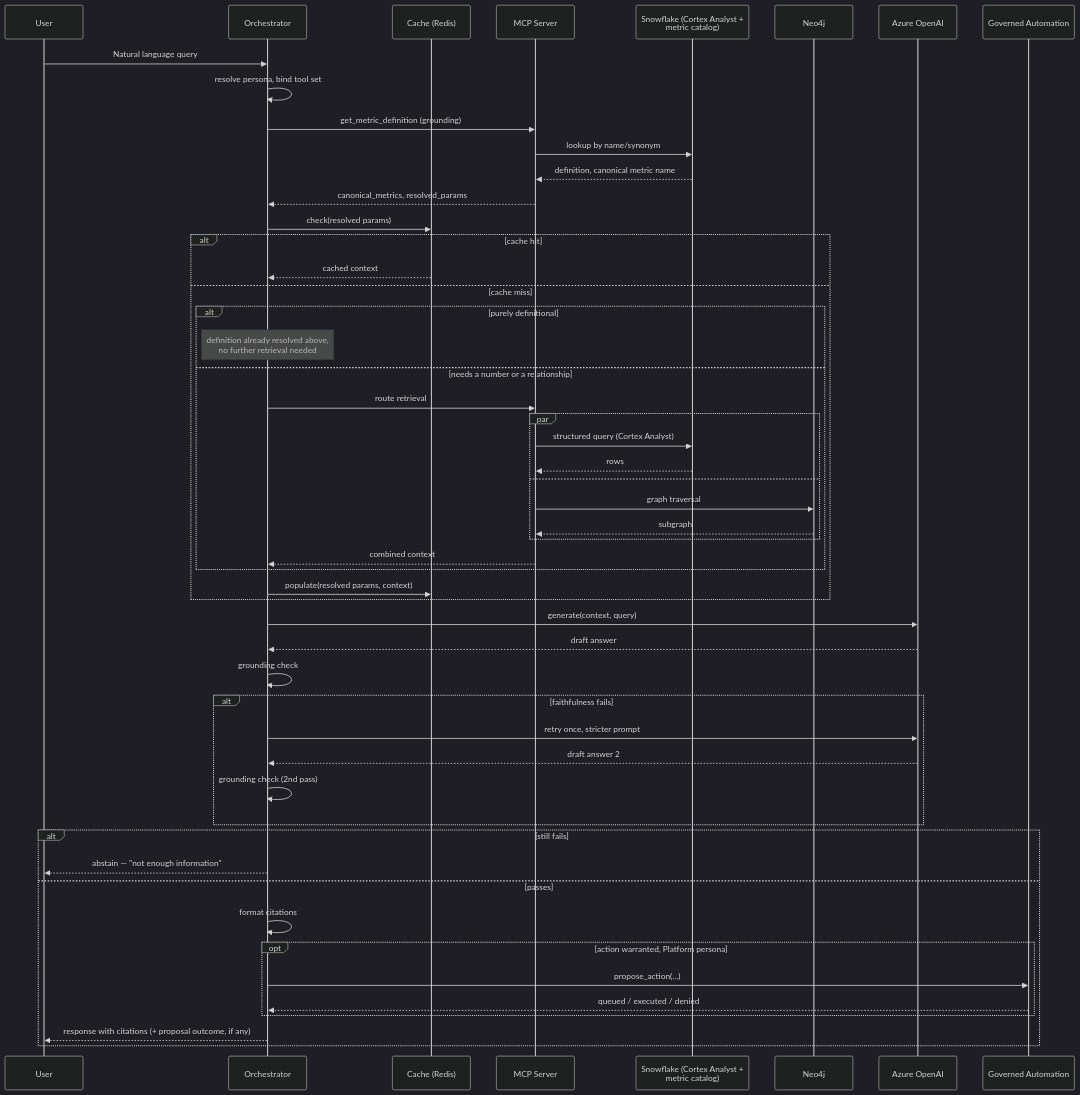
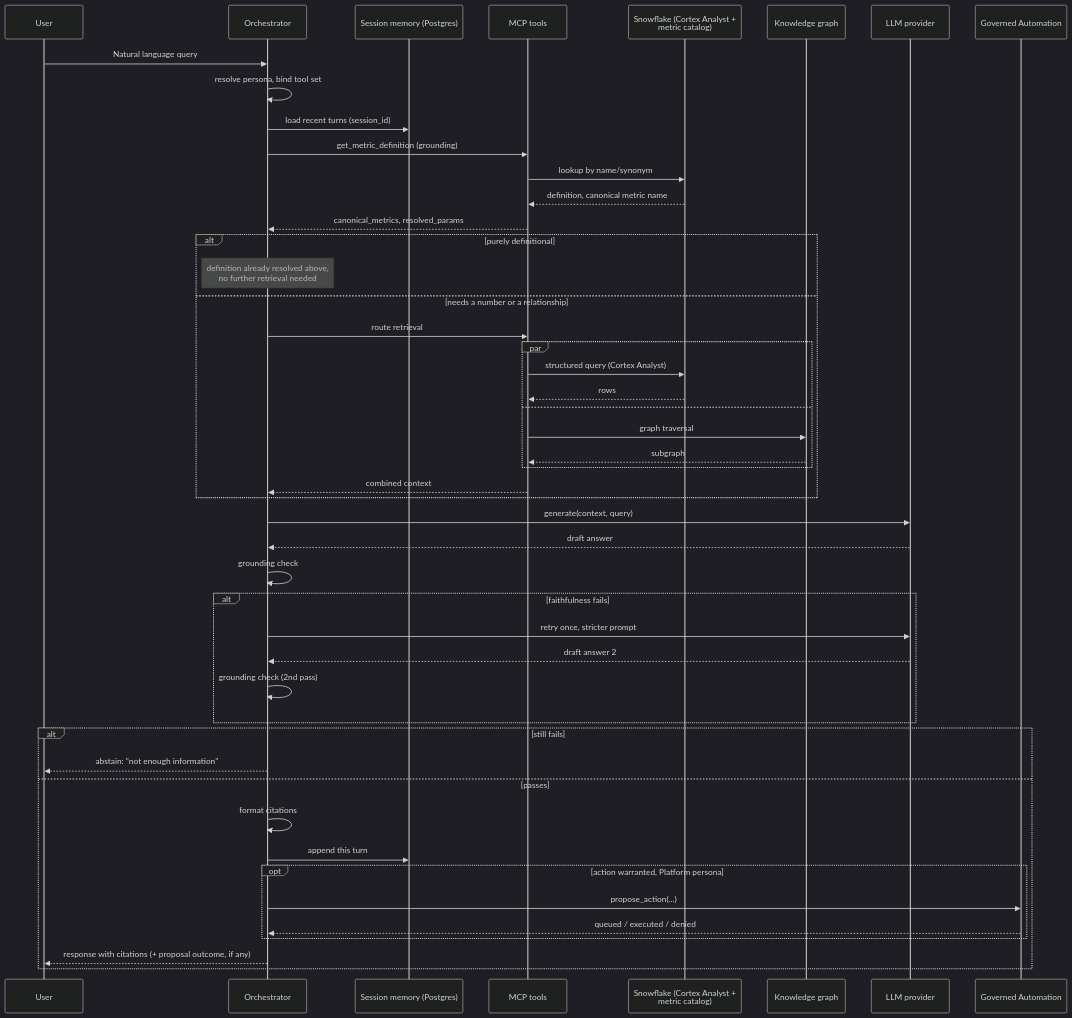
The third of 3 diagrams in docs/Solution_Architecture_Cloud_Workbench.md (mbnest/finops-intelligence-platform), drawn with Mermaid (dark theme) before and after one commit. The commit also changed other lines of this file and 15 other files, not shown here.

First line of the commit message:
Revise architecture docs from review: billing data, ML framing, operating model, rollout, testing, and references

````diff
--- a/docs/Solution_Architecture_Cloud_Workbench.md
+++ b/docs/Solution_Architecture_Cloud_Workbench.md
@@ -125,55 +130,51 @@
 ```mermaid
 sequenceDiagram
     participant U as User
     participant CW as Orchestrator
-    participant CACHE as Cache (Redis)
-    participant MCP as MCP Server
+    participant PG as Session memory (Postgres)
+    participant MCP as MCP tools
     participant SF as Snowflake (Cortex Analyst +<br/>metric catalog)
-    participant N4 as Neo4j
-    participant LLM as Azure OpenAI
+    participant N4 as Knowledge graph
+    participant LLM as LLM provider
     participant A as Governed Automation
 
     U->>CW: Natural language query
     CW->>CW: resolve persona, bind tool set
+    CW->>PG: load recent turns (session_id)
     CW->>MCP: get_metric_definition (grounding)
     MCP->>SF: lookup by name/synonym
     SF-->>MCP: definition, canonical metric name
     MCP-->>CW: canonical_metrics, resolved_params
-    CW->>CACHE: check(resolved params)
-    alt cache hit
-        CACHE-->>CW: cached context
-    else cache miss
-        alt purely definitional
-            Note over CW: definition already resolved above,<br/>no further retrieval needed
-        else needs a number or a relationship
-            CW->>MCP: route retrieval
-            par
-                MCP->>SF: structured query (Cortex Analyst)
-                SF-->>MCP: rows
-            and
-                MCP->>N4: graph traversal
-                N4-->>MCP: subgraph
-            end
-            MCP-->>CW: combined context
+    alt purely definitional
+        Note over CW: definition already resolved above,<br/>no further retrieval needed
+    else needs a number or a relationship
+        CW->>MCP: route retrieval
+        par
+            MCP->>SF: structured query (Cortex Analyst)
+            SF-->>MCP: rows
+        and
+            MCP->>N4: graph traversal
+            N4-->>MCP: subgraph
         end
-        CW->>CACHE: populate(resolved params, context)
+        MCP-->>CW: combined context
     end
     CW->>LLM: generate(context, query)
     LLM-->>CW: draft answer
     CW->>CW: grounding check
     alt faithfulness fails
         CW->>LLM: retry once, stricter prompt
         LLM-->>CW: draft answer 2
         CW->>CW: grounding check (2nd pass)
     end
     alt still fails
-        CW-->>U: abstain — "not enough information"
+        CW-->>U: abstain: "not enough information"
     else passes
         CW->>CW: format citations
+        CW->>PG: append this turn
         opt action warranted, Platform persona
             CW->>A: propose_action(...)
             A-->>CW: queued / executed / denied
         end
         CW-->>U: response with citations (+ proposal outcome, if any)
     end
 ```
````
